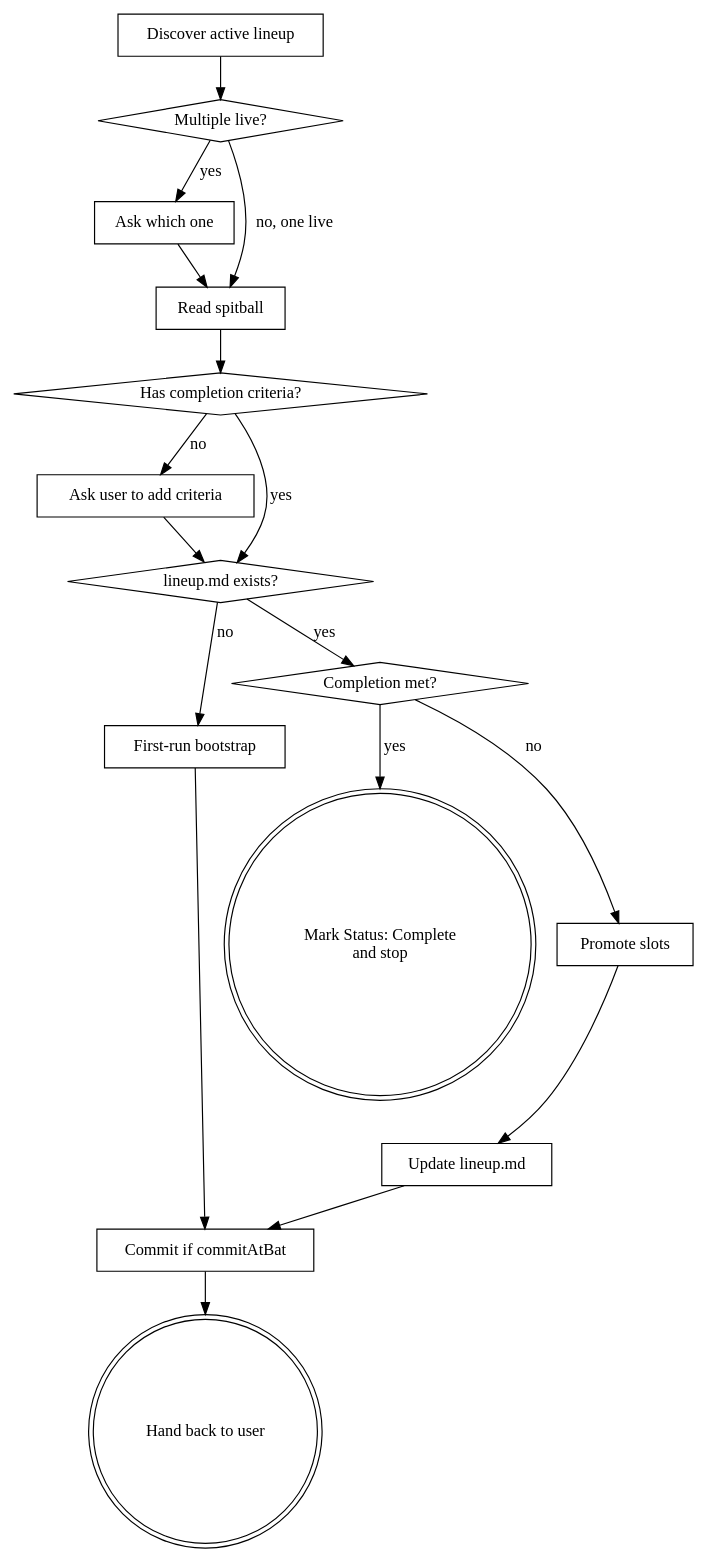
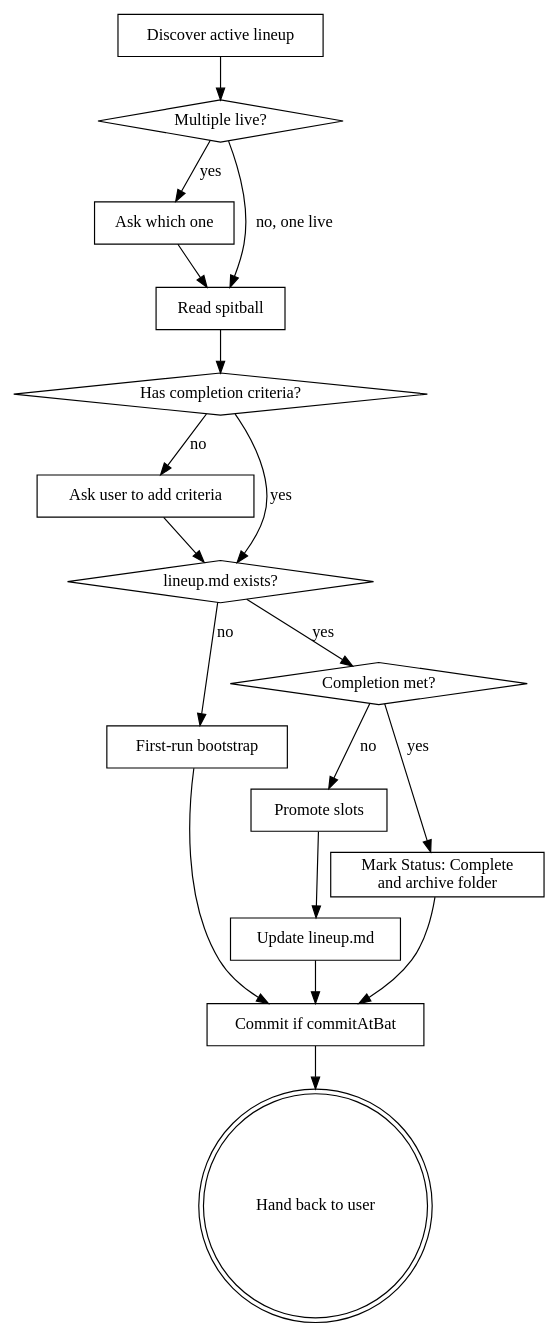
One commit to robmt/claude-tools changed the diagram in plugins/lineup/skills/lineup/SKILL.md. Above: the diagram before and after it, drawn with Graphviz. The commit also changed other lines of this file and 8 other files, not shown here.

````diff
--- a/plugins/lineup/skills/lineup/SKILL.md
+++ b/plugins/lineup/skills/lineup/SKILL.md
@@ -235,35 +279,36 @@
 ```dot
 digraph lineup {
     "Discover active lineup" [shape=box];
     "Multiple live?" [shape=diamond];
     "Ask which one" [shape=box];
     "Read spitball" [shape=box];
     "Has completion criteria?" [shape=diamond];
     "Ask user to add criteria" [shape=box];
     "lineup.md exists?" [shape=diamond];
     "First-run bootstrap" [shape=box];
     "Completion met?" [shape=diamond];
-    "Mark Status: Complete\nand stop" [shape=doublecircle];
     "Promote slots" [shape=box];
     "Update lineup.md" [shape=box];
     "Commit if commitAtBat" [shape=box];
     "Hand back to user" [shape=doublecircle];
 
     "Discover active lineup" -> "Multiple live?";
     "Multiple live?" -> "Ask which one" [label="yes"];
     "Multiple live?" -> "Read spitball" [label="no, one live"];
     "Ask which one" -> "Read spitball";
     "Read spitball" -> "Has completion criteria?";
     "Has completion criteria?" -> "Ask user to add criteria" [label="no"];
     "Has completion criteria?" -> "lineup.md exists?" [label="yes"];
     "Ask user to add criteria" -> "lineup.md exists?";
     "lineup.md exists?" -> "First-run bootstrap" [label="no"];
     "lineup.md exists?" -> "Completion met?" [label="yes"];
     "First-run bootstrap" -> "Commit if commitAtBat";
-    "Completion met?" -> "Mark Status: Complete\nand stop" [label="yes"];
+    "Mark Status: Complete\nand archive folder" [shape=box];
+    "Completion met?" -> "Mark Status: Complete\nand archive folder" [label="yes"];
+    "Mark Status: Complete\nand archive folder" -> "Commit if commitAtBat";
     "Completion met?" -> "Promote slots" [label="no"];
     "Promote slots" -> "Update lineup.md";
     "Update lineup.md" -> "Commit if commitAtBat";
     "Commit if commitAtBat" -> "Hand back to user";
 }
 ```
````
